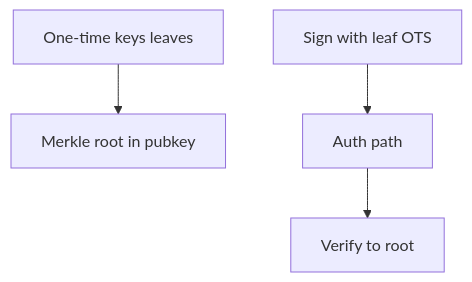
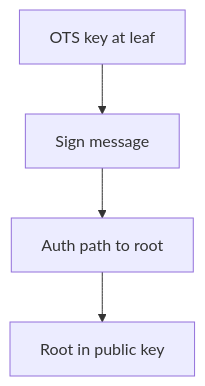
The first of 2 diagrams in manuscript/chapters/07-hash-based.md (kalyogyogi-ui/Ai-check-), drawn with Mermaid before and after one commit. The commit also changed other lines of this file and 31 other files, not shown here.

First line of the commit message:
Fix figure placement: in-section after intro text, repair corrupted headings

````diff
--- a/manuscript/chapters/07-hash-based.md
+++ b/manuscript/chapters/07-hash-based.md
@@ -7,6 +30,6 @@
 ```mermaid
 flowchart TB
-  OTS[One-time keys leaves] --> TREE[Merkle root in pubkey]
-  SIGN[Sign with leaf OTS] --> PROOF[Auth path]
-  PROOF --> VERIFY[Verify to root]
+  OTS[OTS key at leaf] --> SIG[Sign message]
+  SIG --> PATH[Auth path to root]
+  PATH --> ROOT[Root in public key]
 ```
````
